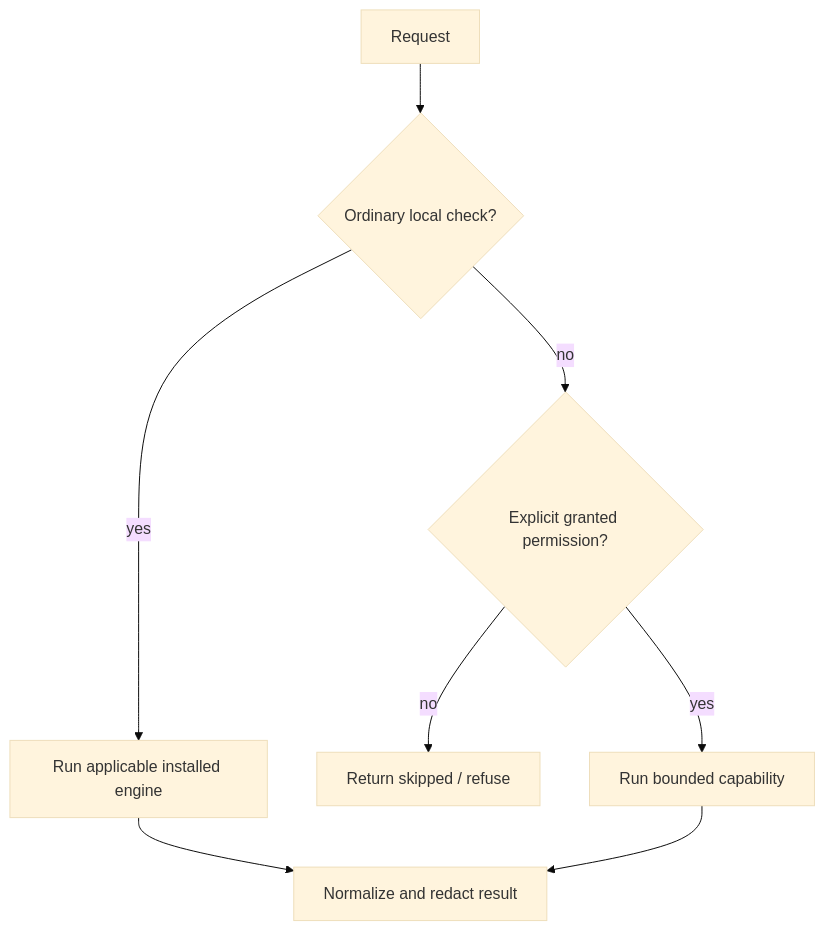
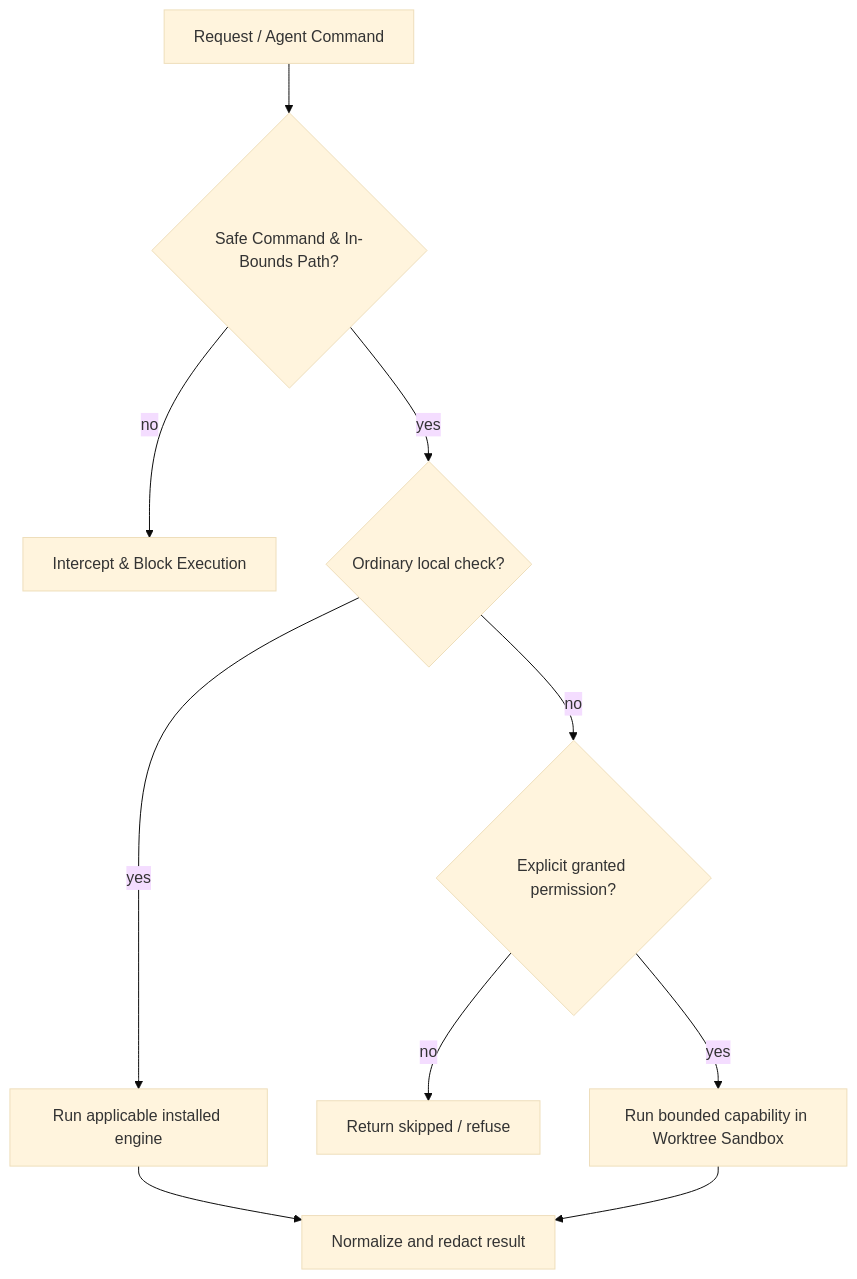
Before and after one commit to jamesdsizemore/rush-cli: the diagram in docs/SAFETY.md, drawn with Mermaid (base theme). The commit also changed other lines of this file and 5 other files, not shown here.

Commit message:
docs: comprehensive update across CLI cookbook, API reference, pre-commit, safety, config schema and MCP reference

````diff
--- a/docs/SAFETY.md
+++ b/docs/SAFETY.md
@@ -14,10 +16,12 @@
 ```mermaid
 flowchart TD
-  A[Request] --> B{Ordinary local check?}
-  B -- yes --> C[Run applicable installed engine]
-  B -- no --> D{Explicit granted permission?}
-  D -- no --> E[Return skipped / refuse]
-  D -- yes --> F[Run bounded capability]
-  C --> G[Normalize and redact result]
-  F --> G
+  A[Request / Agent Command] --> B{Safe Command & In-Bounds Path?}
+  B -- no --> C[Intercept & Block Execution]
+  B -- yes --> D{Ordinary local check?}
+  D -- yes --> E[Run applicable installed engine]
+  D -- no --> F{Explicit granted permission?}
+  F -- no --> G[Return skipped / refuse]
+  F -- yes --> H[Run bounded capability in Worktree Sandbox]
+  E --> I[Normalize and redact result]
+  H --> I
 ```
````
